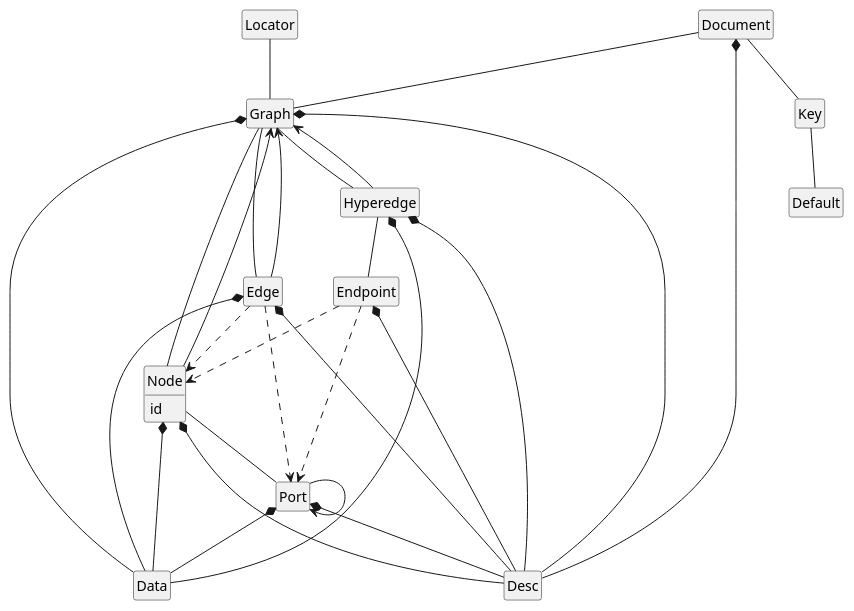
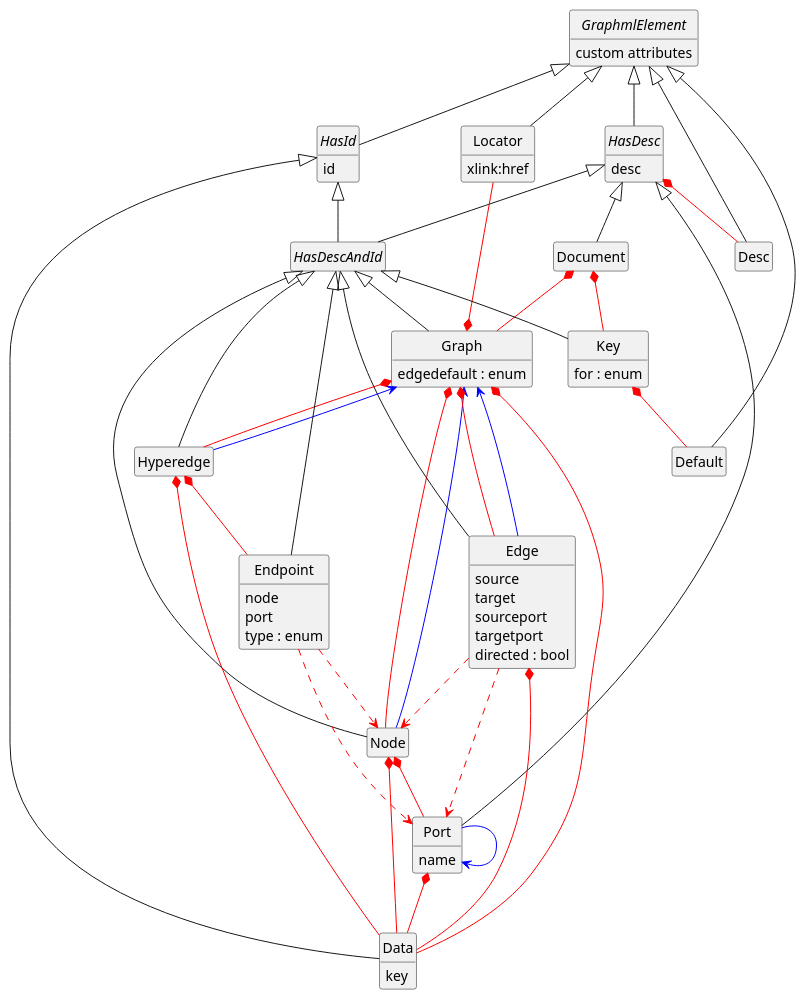
Before and after one commit to Calpano/graphinout: the diagram in base/src/main/java/com/calpano/graphinout/base/graphml/types.adoc, drawn with PlantUML. The commit also changed other lines of this file and 136 other files, not shown here.

```diff
--- a/base/src/main/java/com/calpano/graphinout/base/graphml/types.adoc
+++ b/base/src/main/java/com/calpano/graphinout/base/graphml/types.adoc
@@ -50,56 +77,99 @@
 hide empty members
 hide circle
 
-class Document
-class Graph
-class Node {
+abstract class GraphmlElement {
+    custom attributes
+}
+abstract class HasId {
     id
 }
-class Edge
-class Port
-class Key
+' Desc
+HasDesc *--[#red] Desc
+abstract class HasDesc {
+    desc
+}
+abstract class HasDescAndId
+HasDesc <|-- HasDescAndId
+HasId <|-- HasDescAndId
+GraphmlElement <|-- HasDesc
+GraphmlElement <|-- HasId
+GraphmlElement <|-- Locator
+GraphmlElement <|-- Desc
+GraphmlElement <|-- Default
+
+
+class Document
+class Graph {
+    edgedefault : enum
+}
+class Node {
+}
+class Edge {
+    source
+    target
+    sourceport
+    targetport
+    directed : bool
+}
+class Port {
+    name
+}
+class Key {
+    for : enum
+}
+class Locator {
+    xlink:href
+}
+class Data {
+    key
+}
 class Data
 class Default
 class Desc
-class Endpoint
-class Hyperedge
+class Endpoint {
+    node
+    port
+    type : enum
+}
+class Hyperedge {
+}
 class Locator
-Document -- Graph
-Graph -- Node
-Graph -- Edge
-Graph -- Hyperedge
-Node -- Port
-Document -- Key
-Key -- Default
-Hyperedge -- Endpoint
-Graph --u Locator
 
-' Desc
-Document *-- Desc
-Graph *-- Desc
-Node *-- Desc
-Edge *-- Desc
-Hyperedge *-- Desc
-Endpoint *-- Desc
-Port *-- Desc
+Document *--[#red] Graph
+Graph *--[#red] Node
+Graph *--[#red] Edge
+Graph *--[#red] Hyperedge
+Node *--[#red] Port
+Document *--[#red] Key
+Key *--[#red] Default
+Hyperedge *--[#red] Endpoint
+Graph *--u[#red] Locator
+
+Document --u|> HasDesc
+Graph --u|> HasDescAndId
+Node --u|> HasDescAndId
+Edge --u|> HasDescAndId
+Hyperedge --u|> HasDescAndId
+Endpoint --u|> HasDescAndId
+Port --u|> HasDesc
+
+HasDescAndId <|-- Key
+HasId <|-- Data
 
 ' Data
-Graph *-- Data
-Node *-- Data
-Edge *-- Data
-Hyperedge *-- Data
-Port *-- Data
-Edge ..> Node
-Edge ..> Port
-Endpoint ..> Node
-Endpoint ..> Port
+Graph *--[#red] Data
+Node *--[#red] Data
+Edge *--[#red] Data
+Hyperedge *--[#red] Data
+Port *--[#red] Data
+Edge ..[#red]> Node
+Edge ..[#red]> Port
+Endpoint ..[#red]> Node
+Endpoint ..[#red]> Port
 
 'Nesting
-Edge --> Graph
-Hyperedge --> Graph
-Node --> Graph
-Port --> Port
-
-@enduml
-
+Edge --[#blue]> Graph
+Hyperedge --[#blue]> Graph
+Node --[#blue]> Graph
+Port --[#blue]> Port
 ....
```
